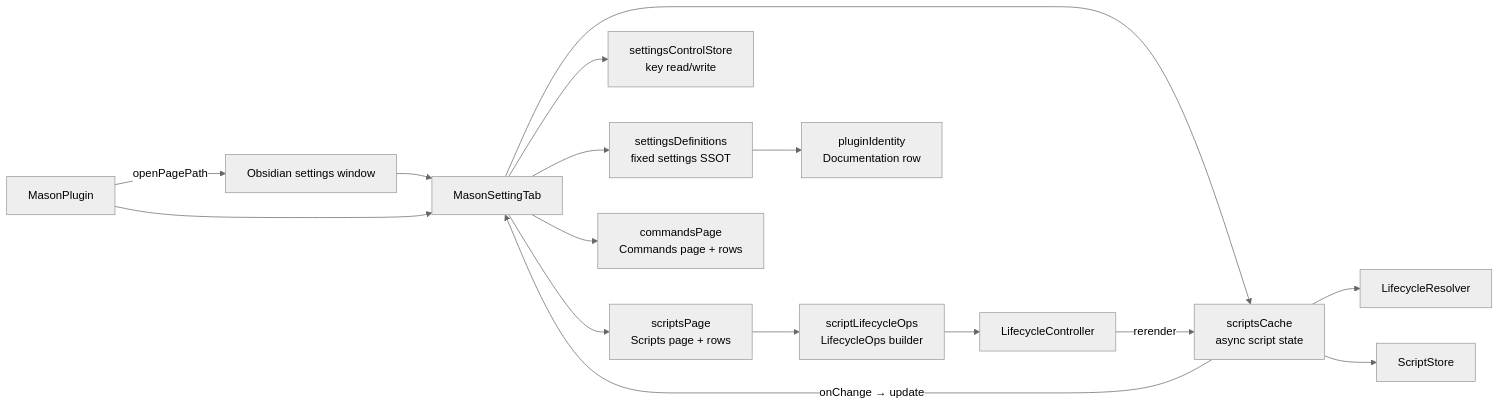
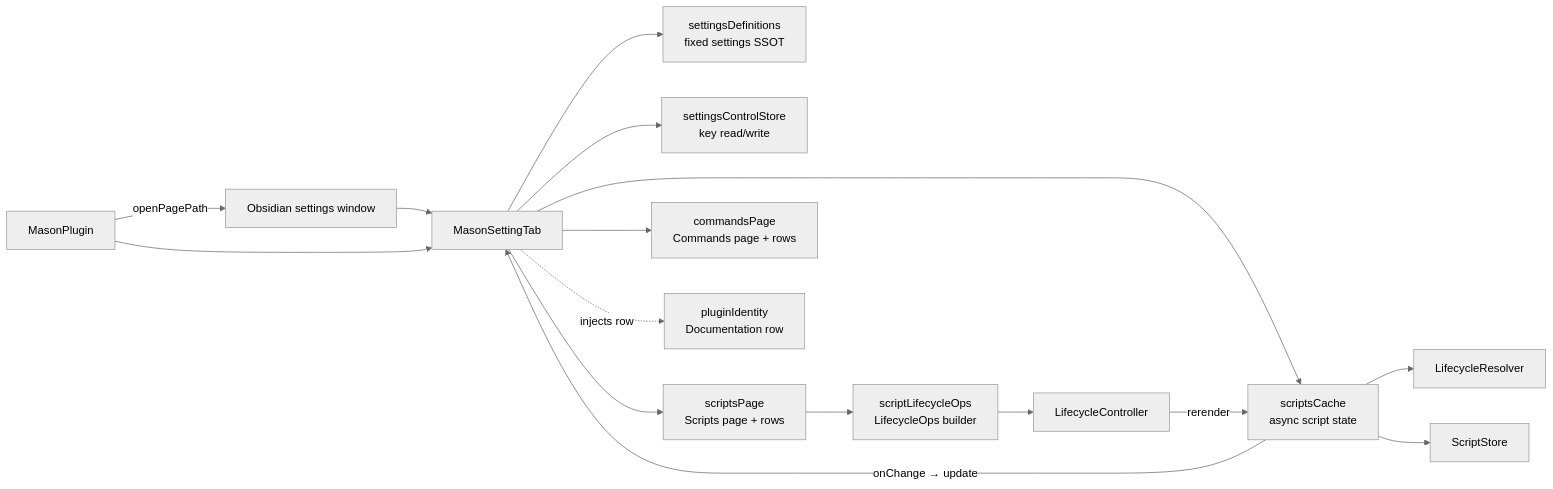
The second of 3 diagrams in docs/XDD/specs/010-settings-search/solution.md (MMoMM-org/obsidian-markdown-mason), drawn with Mermaid (neutral theme) before and after one commit. The commit also changed other lines of this file and 3 other files, not shown here.

````diff
--- a/docs/XDD/specs/010-settings-search/solution.md
+++ b/docs/XDD/specs/010-settings-search/solution.md
@@ -243,18 +243,18 @@
 ```mermaid
 graph LR
     SW[Obsidian settings window] --> Tab[MasonSettingTab]
     Tab --> Fixed[settingsDefinitions<br/>fixed settings SSOT]
     Tab --> Adapter[settingsControlStore<br/>key read/write]
     Tab --> ScriptsPage[scriptsPage<br/>Scripts page + rows]
     Tab --> CommandsPage[commandsPage<br/>Commands page + rows]
     Tab --> Cache[scriptsCache<br/>async script state]
     ScriptsPage --> Ops[scriptLifecycleOps<br/>LifecycleOps builder]
-    Fixed --> Identity[pluginIdentity<br/>Documentation row]
+    Tab -.->|injects row| Identity[pluginIdentity<br/>Documentation row]
     Cache --> Res[LifecycleResolver]
     Cache --> Store[ScriptStore]
     Ops --> Ctl[LifecycleController]
     Ctl -->|rerender| Cache
     Cache -->|onChange → update| Tab
     Main[MasonPlugin] --> Tab
     Main -->|openPagePath| SW
 ```
````
